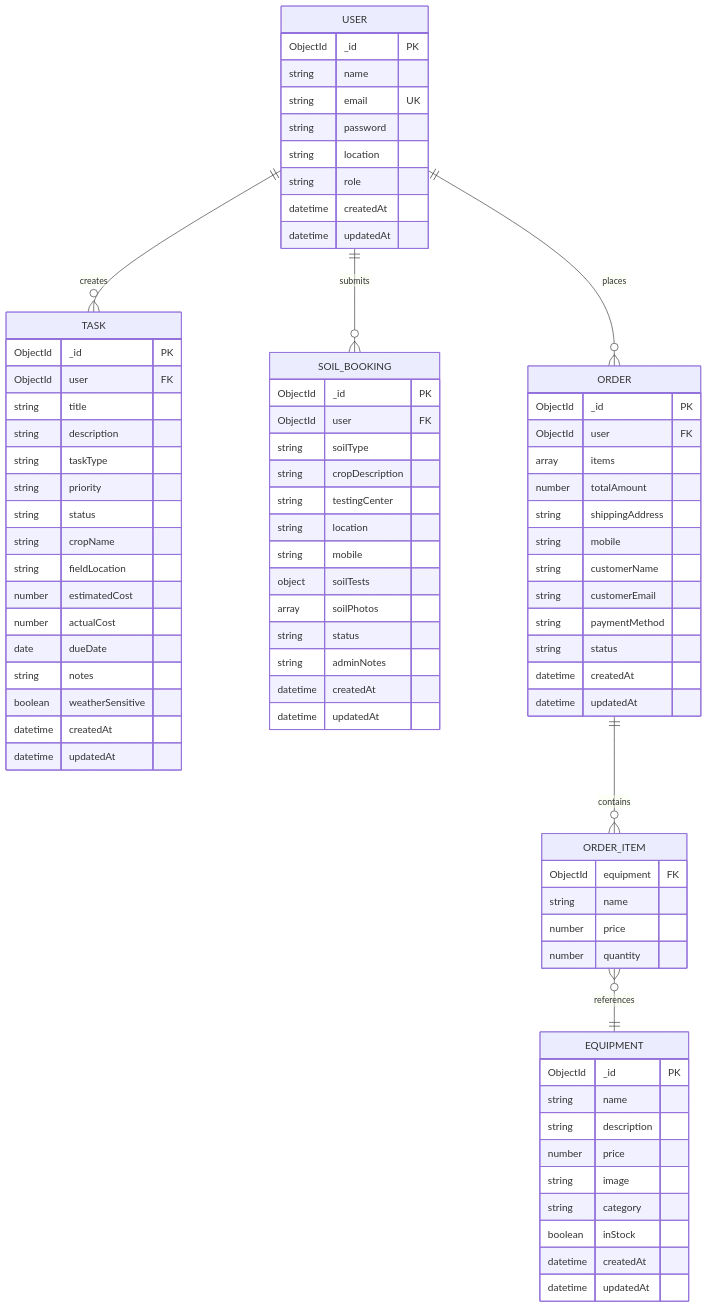
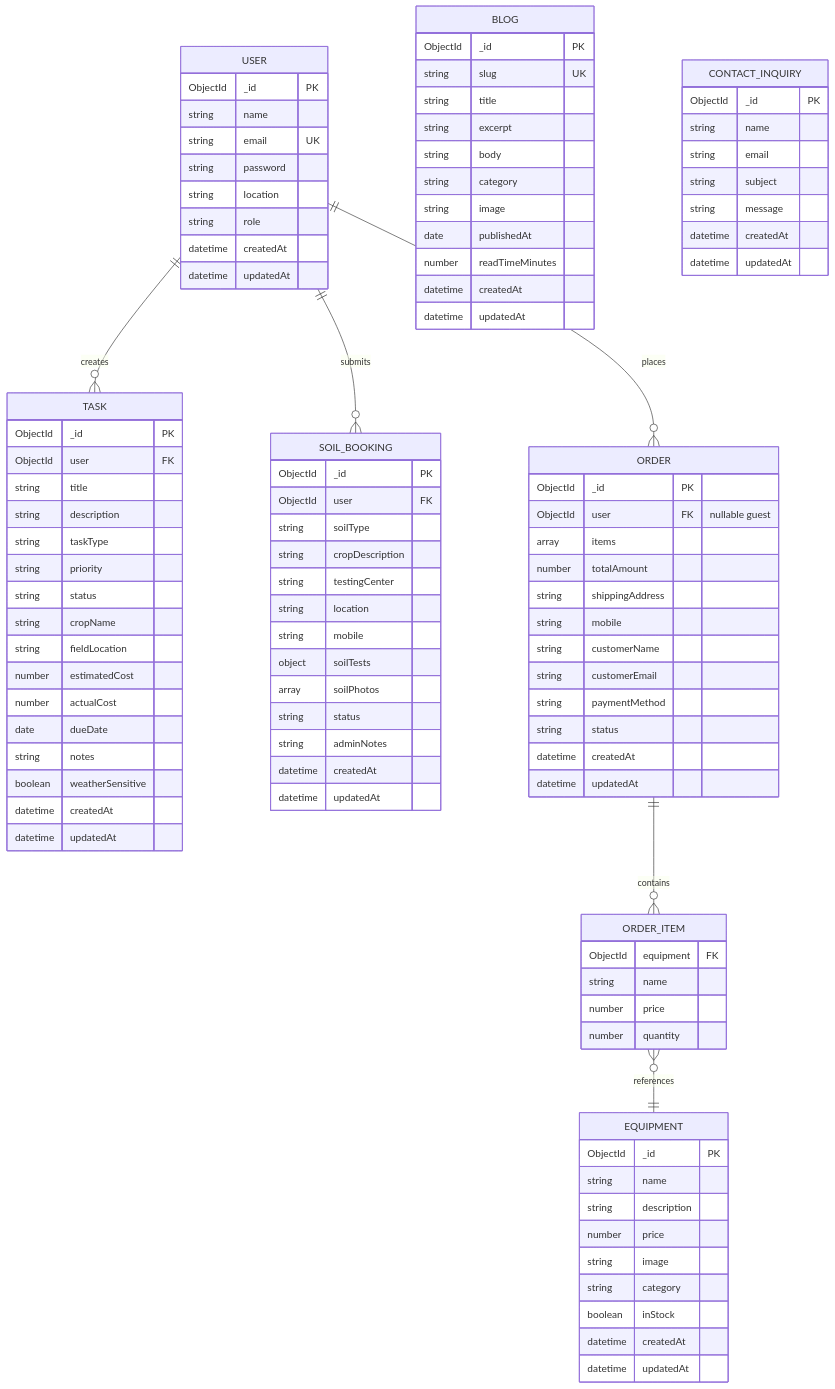
The diagram in docs/ER_Diagram.md (basantmahato/AgricultureManagementSystem), drawn with Mermaid before and after one commit. The commit also changed other lines of this file and 4 other files, not shown here.

````diff
--- a/docs/ER_Diagram.md
+++ b/docs/ER_Diagram.md
@@ -9,7 +11,7 @@
     USER ||--o{ ORDER : places
     ORDER ||--o{ ORDER_ITEM : contains
     ORDER_ITEM }o--|| EQUIPMENT : references
-    
+
     USER {
         ObjectId _id PK
         string name
@@ -20,7 +22,7 @@
         datetime createdAt
         datetime updatedAt
     }
-    
+
     TASK {
         ObjectId _id PK
         ObjectId user FK
@@ -39,7 +41,7 @@
         datetime createdAt
         datetime updatedAt
     }
-    
+
     SOIL_BOOKING {
         ObjectId _id PK
         ObjectId user FK
@@ -55,7 +57,7 @@
         datetime createdAt
         datetime updatedAt
     }
-    
+
     EQUIPMENT {
         ObjectId _id PK
         string name
@@ -67,10 +69,10 @@
         datetime createdAt
         datetime updatedAt
     }
-    
+
     ORDER {
         ObjectId _id PK
-        ObjectId user FK
+        ObjectId user FK "nullable guest"
         array items
         number totalAmount
         string shippingAddress
@@ -82,11 +84,35 @@
         datetime createdAt
         datetime updatedAt
     }
-    
+
     ORDER_ITEM {
         ObjectId equipment FK
         string name
         number price
         number quantity
     }
+
+    BLOG {
+        ObjectId _id PK
+        string slug UK
+        string title
+        string excerpt
+        string body
+        string category
+        string image
+        date publishedAt
+        number readTimeMinutes
+        datetime createdAt
+        datetime updatedAt
+    }
+
+    CONTACT_INQUIRY {
+        ObjectId _id PK
+        string name
+        string email
+        string subject
+        string message
+        datetime createdAt
+        datetime updatedAt
+    }
 ```
````
